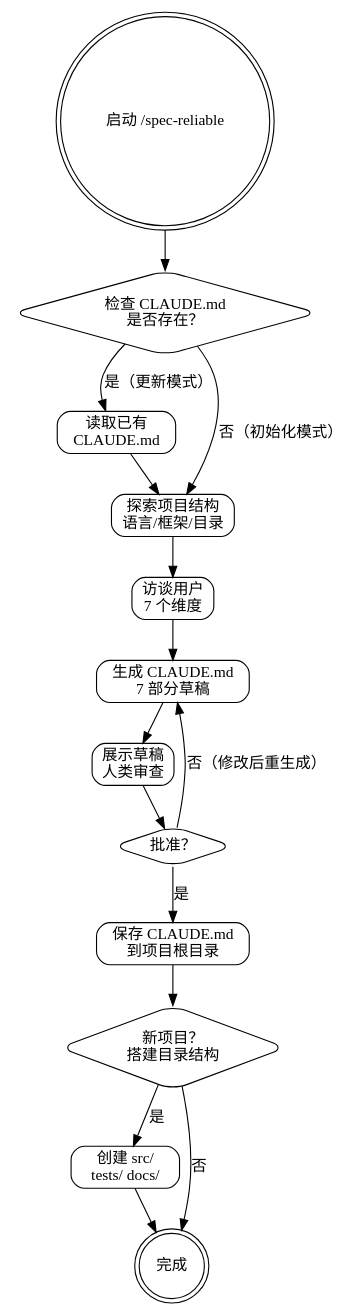
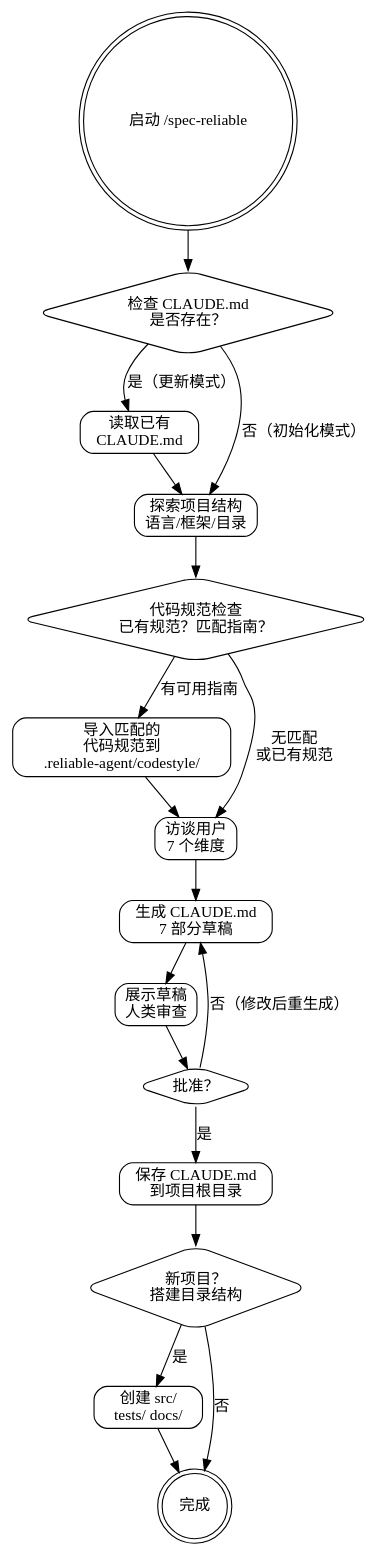
Before and after one commit to sueichen/reliable-agent: the diagram in skills/reliable-spec/SKILL.md, drawn with Graphviz. The commit also changed other lines of this file and 35 other files, not shown here.

````diff
--- a/skills/reliable-spec/SKILL.md
+++ b/skills/reliable-spec/SKILL.md
@@ -27,34 +27,39 @@
 ```dot
 digraph reliable_spec {
     rankdir=TB;
     node [shape=box, style=rounded];
 
     start [label="启动 /spec-reliable", shape=doublecircle];
     check_existing [label="检查 CLAUDE.md\n是否存在？", shape=diamond];
     read_existing [label="读取已有\nCLAUDE.md"];
     explore [label="探索项目结构\n语言/框架/目录"];
+    codestyle_check [label="代码规范检查\n已有规范？匹配指南？", shape=diamond];
+    import_style [label="导入匹配的\n代码规范到\n.reliable-agent/codestyle/"];
     interview [label="访谈用户\n7 个维度"];
     generate [label="生成 CLAUDE.md\n7 部分草稿"];
     present [label="展示草稿\n人类审查"];
     approved [label="批准？", shape=diamond];
     save [label="保存 CLAUDE.md\n到项目根目录"];
     scaffold [label="新项目？\n搭建目录结构", shape=diamond];
     create_dirs [label="创建 src/\ntests/ docs/"];
     done [label="完成", shape=doublecircle];
 
     start -> check_existing;
     check_existing -> read_existing [label="是（更新模式）"];
     check_existing -> explore [label="否（初始化模式）"];
     read_existing -> explore;
-    explore -> interview;
+    explore -> codestyle_check;
+    codestyle_check -> import_style [label="有可用指南"];
+    codestyle_check -> interview [label="无匹配\n或已有规范"];
+    import_style -> interview;
     interview -> generate;
     generate -> present;
     present -> approved;
     approved -> save [label="是"];
     approved -> generate [label="否（修改后重生成）"];
     save -> scaffold;
     scaffold -> create_dirs [label="是"];
     scaffold -> done [label="否"];
     create_dirs -> done;
 }
 ```
````
